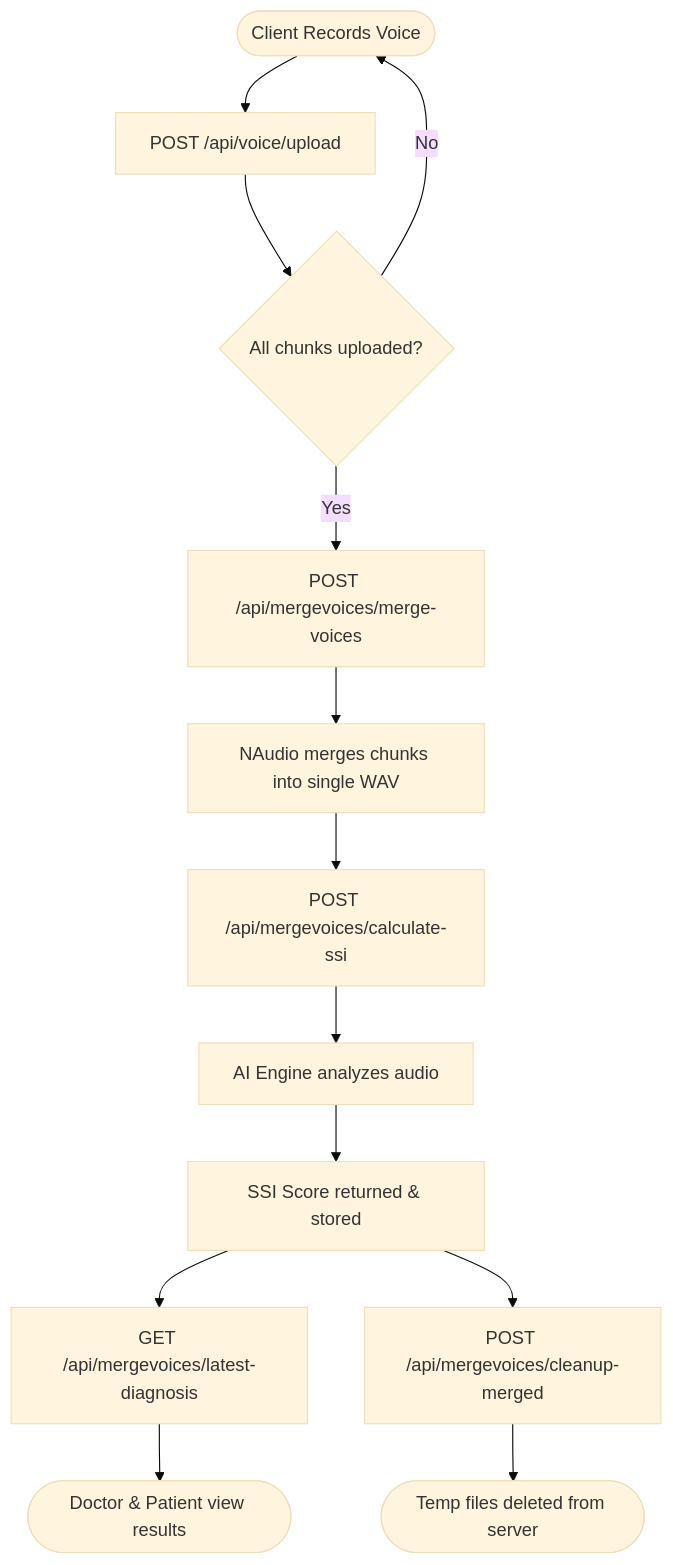
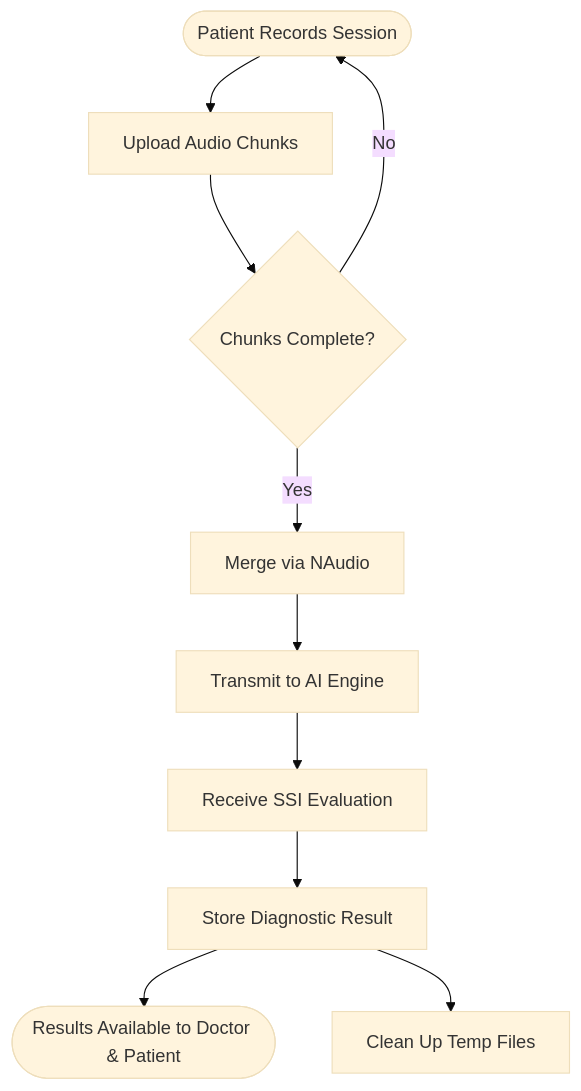
One commit to Alyaatamer/SPEAKSolution changed the diagram in README.md. Above: the diagram before and after it, drawn with Mermaid (base theme). The commit also changed other lines of this file and 2 other files, not shown here.

Commit message:
docs: complete rewrite of README with unique design and flow

````diff
--- a/README.md
+++ b/README.md
@@ -73,15 +71,12 @@
 ```mermaid
 flowchart TD
-    A([Client Records Voice]) --> B[POST /api/voice/upload]
-    B --> C{All chunks uploaded?}
+    A([Patient Records Session]) --> B[Upload Audio Chunks]
+    B --> C{Chunks Complete?}
     C -->|No| A
-    C -->|Yes| D[POST /api/mergevoices/merge-voices]
-    D --> E[NAudio merges chunks into single WAV]
-    E --> F[POST /api/mergevoices/calculate-ssi]
-    F --> G[AI Engine analyzes audio]
-    G --> H[SSI Score returned & stored]
-    H --> I[GET /api/mergevoices/latest-diagnosis]
-    I --> J([Doctor & Patient view results])
-    H --> K[POST /api/mergevoices/cleanup-merged]
-    K --> L([Temp files deleted from server])
+    C -->|Yes| D[Merge via NAudio]
+    D --> E[Transmit to AI Engine]
+    E --> F[Receive SSI Evaluation]
+    F --> G[Store Diagnostic Result]
+    G --> H([Results Available to Doctor & Patient])
+    G --> I[Clean Up Temp Files]
 ```
````
